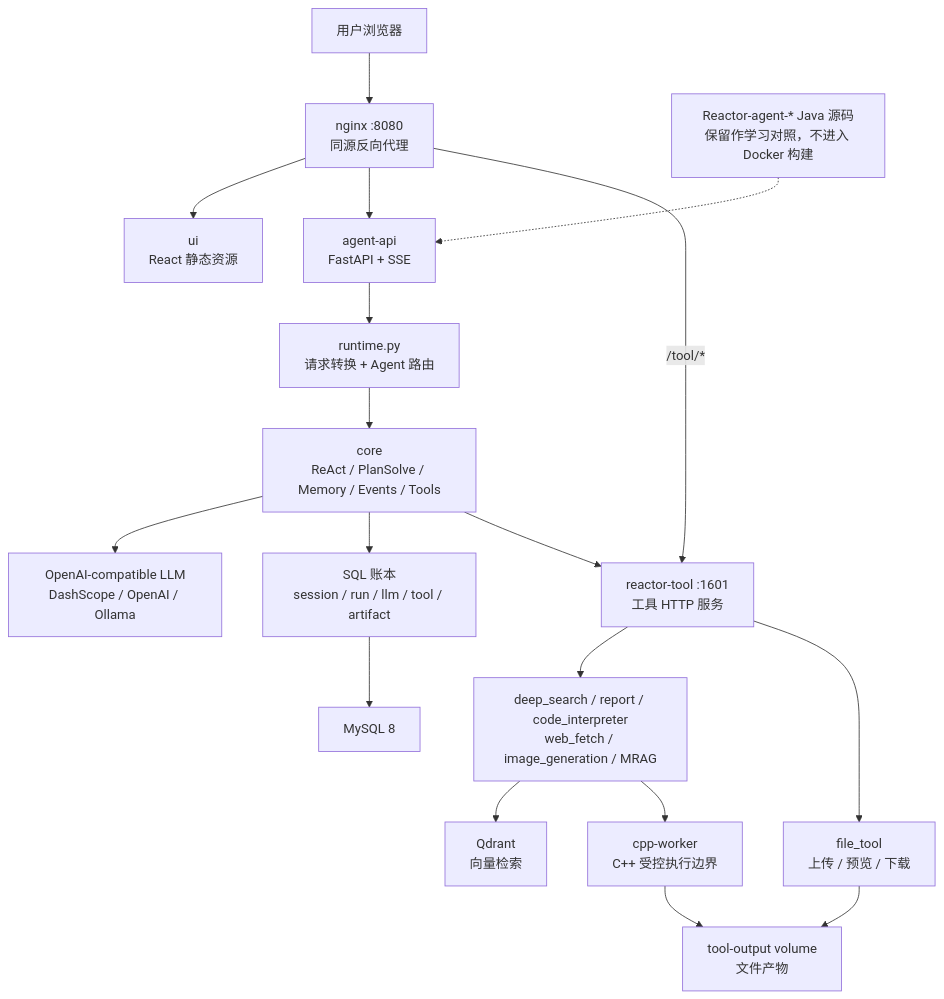
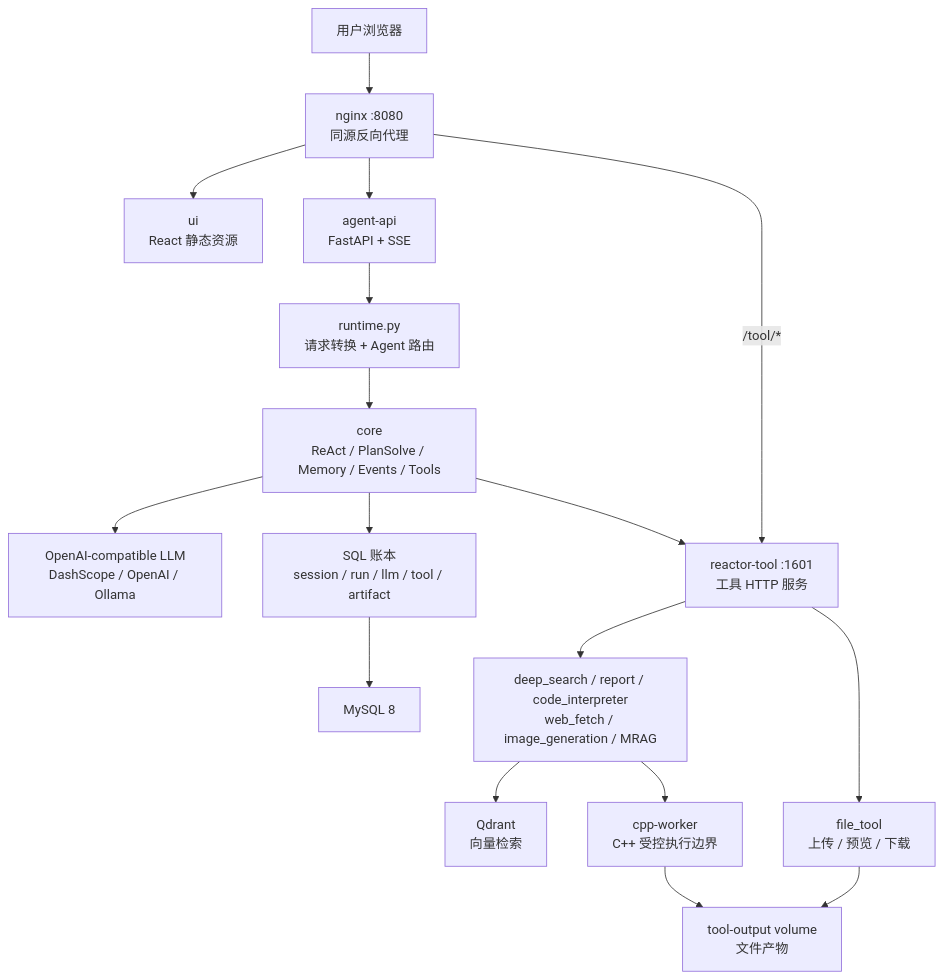
One commit to MiRuiZhi/MRZ-s-ai-agent changed the first of 3 diagrams in README.md. Above: the diagram before and after it, drawn with Mermaid. The commit also changed other lines of this file, not shown here.

````diff
--- a/README.md
+++ b/README.md
@@ -58,24 +57,23 @@
 ```mermaid
 flowchart TB
     User["用户浏览器"] --> Nginx["nginx :8080\n同源反向代理"]
 
     Nginx --> UI["ui\nReact 静态资源"]
     Nginx --> API["agent-api\nFastAPI + SSE"]
     Nginx -->|"/tool/*"| ToolRuntime["reactor-tool :1601\n工具 HTTP 服务"]
 
     API --> Runtime["runtime.py\n请求转换 + Agent 路由"]
     Runtime --> Core["core\nReAct / PlanSolve / Memory / Events / Tools"]
     Core --> LLM["OpenAI-compatible LLM\nDashScope / OpenAI / Ollama"]
     Core --> Ledger["SQL 账本\nsession / run / llm / tool / artifact"]
     Ledger --> MySQL["MySQL 8"]
 
     Core --> ToolRuntime
     ToolRuntime --> Tools["deep_search / report / code_interpreter\nweb_fetch / image_generation / MRAG"]
     ToolRuntime --> FileService["file_tool\n上传 / 预览 / 下载"]
     Tools --> Qdrant["Qdrant\n向量检索"]
     Tools --> Cpp["cpp-worker\nC++ 受控执行边界"]
     Cpp --> ToolVolume["tool-output volume\n文件产物"]
     FileService --> ToolVolume
 
-    Java["Reactor-agent-* Java 源码\n保留作学习对照，不进入 Docker 构建"] -.-> API
 ```
````
